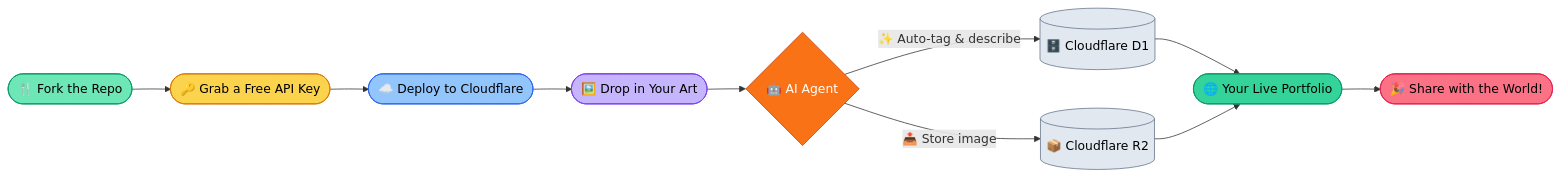
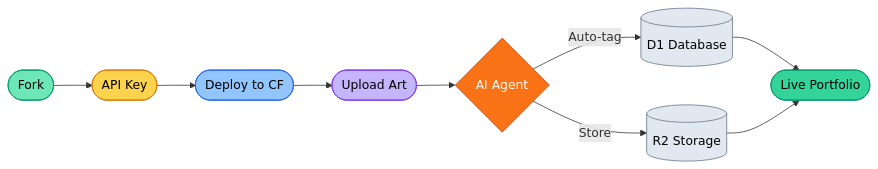
The diagram in README.md (danielw-sudo/AIGC-portfolio), drawn with Mermaid before and after one commit. The commit also changed other lines of this file and 18 other files, not shown here.

````diff
--- a/README.md
+++ b/README.md
@@ -30,21 +31,19 @@
 ```mermaid
 graph LR
-    A([🍴 Fork the Repo]) --> B([🔑 Grab a Free API Key])
-    B --> C([☁️ Deploy to Cloudflare])
-    C --> D([🖼️ Drop in Your Art])
-    D --> E{🤖 AI Agent}
-    E -->|✨ Auto-tag & describe| F[(🗄️ Cloudflare D1)]
-    E -->|📤 Store image| G[(📦 Cloudflare R2)]
-    F & G --> H([🌐 Your Live Portfolio])
-    H --> I([🎉 Share with the World!])
+    A([Fork]) --> B([API Key])
+    B --> C([Deploy to CF])
+    C --> D([Upload Art])
+    D --> E{AI Agent}
+    E -->|Auto-tag| F[(D1 Database)]
+    E -->|Store| G[(R2 Storage)]
+    F & G --> H([Live Portfolio])
 
     style A fill:#6ee7b7,stroke:#059669,color:#000
     style B fill:#fcd34d,stroke:#d97706,color:#000
     style C fill:#93c5fd,stroke:#2563eb,color:#000
     style D fill:#c4b5fd,stroke:#7c3aed,color:#000
     style E fill:#f97316,stroke:#c2410c,color:#fff
     style F fill:#e2e8f0,stroke:#64748b,color:#000
     style G fill:#e2e8f0,stroke:#64748b,color:#000
     style H fill:#34d399,stroke:#059669,color:#000
-    style I fill:#fb7185,stroke:#e11d48,color:#000
 ```
````
